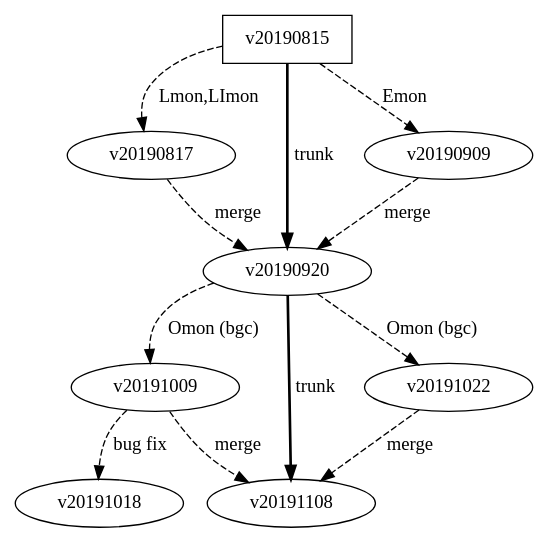
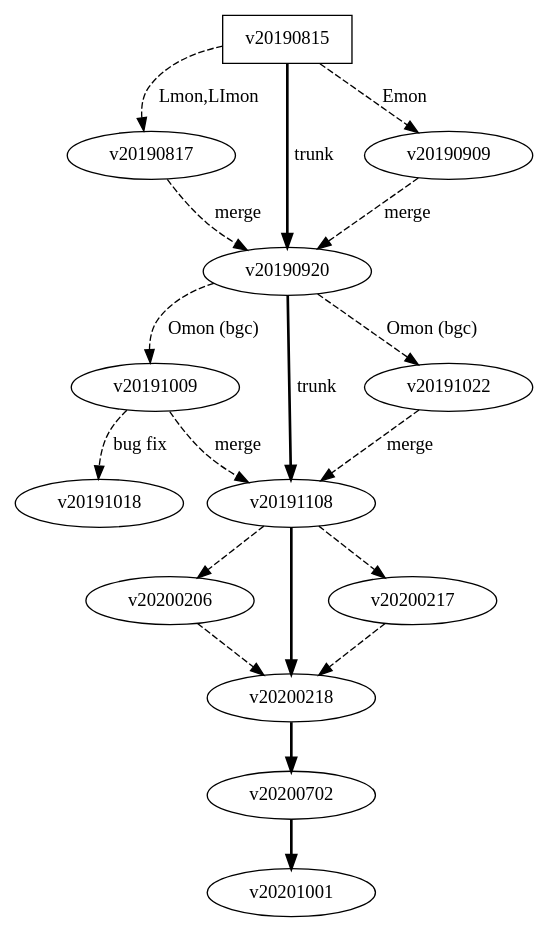
Before and after one commit to NorESMhub/noresm2cmor: the diagram in versions/versions.gv, drawn with Graphviz. The commit also changed 2 other files, not shown here.

```diff
--- a/versions/versions.gv
+++ b/versions/versions.gv
@@ -1,16 +1,23 @@
  digraph G {
    v20190815 [shape=box;label="v20190815"];
    //v20190920 [shape=box];
    //v20191108 [shape=box];
    v20190815 -> v20190817 [style=dashed,label="Lmon,LImon"];
    v20190815 -> v20190920 [penwidth=2.0,weight="2",label="trunk"];
    v20190815 -> v20190909 [style=dashed,label="Emon"];
    v20190817 -> v20190920 [style=dashed,label="merge"];
    v20190909 -> v20190920 [style=dashed,label="merge"];
    v20190920 -> v20191009 [style=dashed,weight="1",label="Omon (bgc)"];
    v20190920 -> v20191108 [penwidth=2.0,wegith="2",label="trunk"];
    v20190920 -> v20191022 [style=dashed,weight="1",label="Omon (bgc)"];
    v20191009 -> v20191018 [style=dashed,wegith="1",label="bug fix"];
    v20191009 -> v20191108 [style=dashed,wegith="1",label="merge"];
    v20191022 -> v20191108 [style=dashed,wegith="1",label="merge"];
+   v20191108 -> v20200206 [style=dashed,weigth="1"];
+   v20200206 -> v20200218 [style=dashed,weigth="1"];
+   v20191108 -> v20200218 [penwidth=2.0,weigth="2"];
+   v20191108 -> v20200217 [style=dashed,weigth="1"];
+   v20200217 -> v20200218 [style=dashed,weigth="1"];
+   v20200218 -> v20200702 [penwidth=2.0,weigth="2"];
+   v20200702 -> v20201001 [penwidth=2.0,weigth="2"];
  }
```
